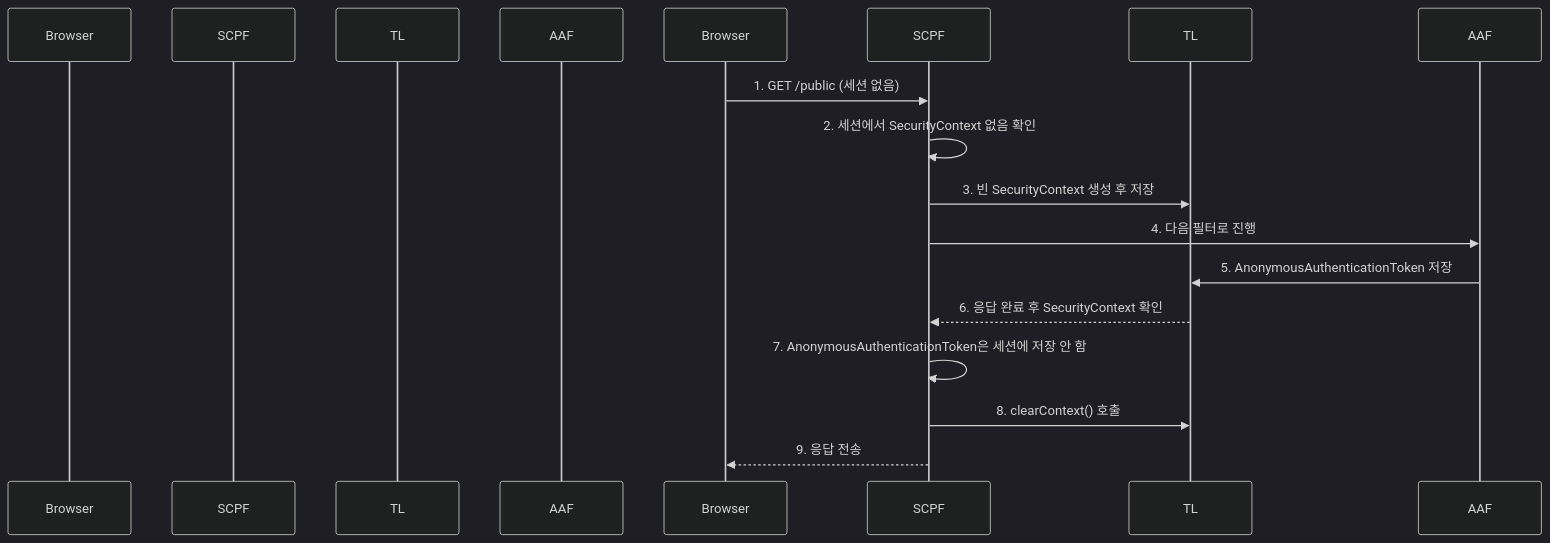
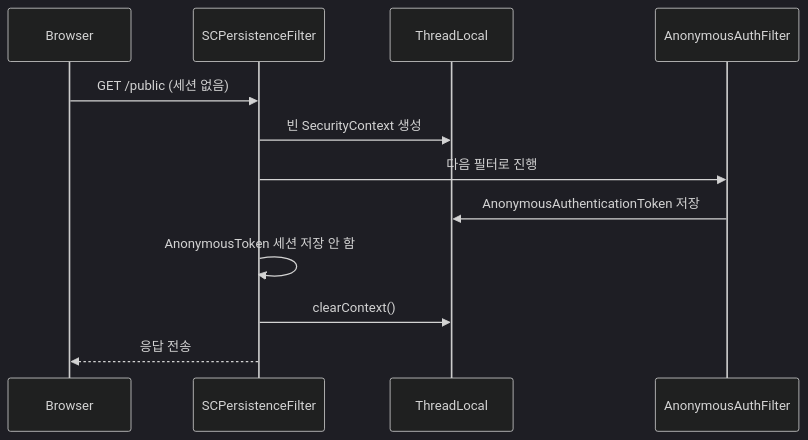
Before and after one commit to yjkim2015/yjkim2015.github.io: the second of 5 diagrams in _posts/security/2021-05-26-SecurityContextPersistentFilter.md, drawn with Mermaid (dark theme). The commit also changed other lines of this file and 215 other files, not shown here.

First line of the commit message:
신규 포스트 10개 추가 + Mermaid 전면 축소 + SystemDesign 시리즈 보강

````diff
--- a/_posts/security/2021-05-26-SecurityContextPersistentFilter.md
+++ b/_posts/security/2021-05-26-SecurityContextPersistentFilter.md
@@ -42,17 +36,14 @@
 ```mermaid
 sequenceDiagram
-    participant "브라우저" as Browser
-    participant "SecurityContextPersistenceFilter" as SCPF
-    participant "ThreadLocal" as TL
-    participant "AnonymousAuthFilter" as AAF
-
-    Browser->>SCPF: 1. GET /public (세션 없음)
-    SCPF->>SCPF: 2. 세션에서 SecurityContext 없음 확인
-    SCPF->>TL: 3. 빈 SecurityContext 생성 후 저장
-    SCPF->>AAF: 4. 다음 필터로 진행
-    AAF->>TL: 5. AnonymousAuthenticationToken 저장
-    TL-->>SCPF: 6. 응답 완료 후 SecurityContext 확인
-    SCPF->>SCPF: 7. AnonymousAuthenticationToken은 세션에 저장 안 함
-    SCPF->>TL: 8. clearContext() 호출
-    SCPF-->>Browser: 9. 응답 전송
+    participant B as Browser
+    participant SCPF as SCPersistenceFilter
+    participant TL as ThreadLocal
+    participant AAF as AnonymousAuthFilter
+    B->>SCPF: GET /public (세션 없음)
+    SCPF->>TL: 빈 SecurityContext 생성
+    SCPF->>AAF: 다음 필터로 진행
+    AAF->>TL: AnonymousAuthenticationToken 저장
+    SCPF->>SCPF: AnonymousToken 세션 저장 안 함
+    SCPF->>TL: clearContext()
+    SCPF-->>B: 응답 전송
 ```
````
